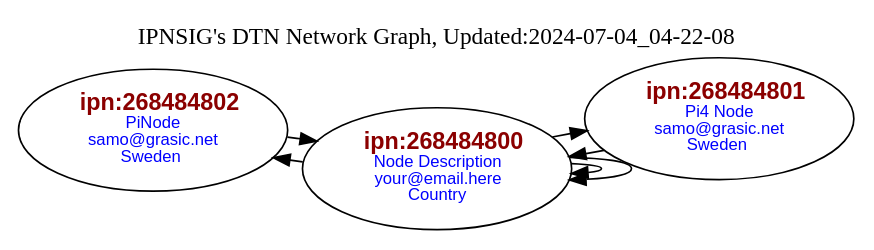
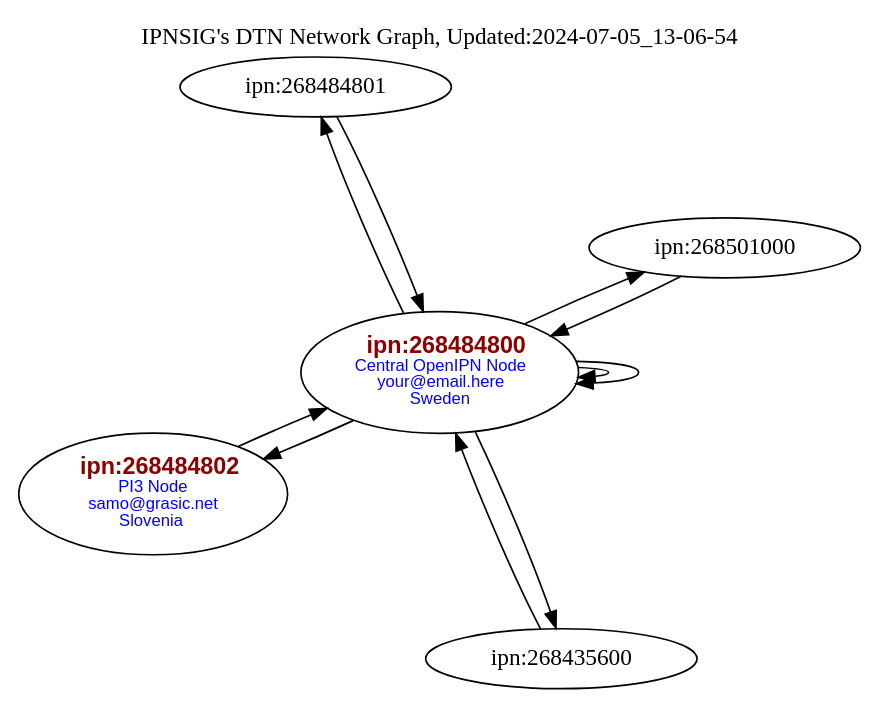
Before and after one commit to samograsic/ion-dtn-dtnex: the diagram in contactGraph.gv, drawn with Graphviz. The commit also changed 7 other files, not shown here.

```diff
--- a/contactGraph.gv
+++ b/contactGraph.gv
@@ -1,11 +1,14 @@
 digraph G { layout=neato; overlap=false;
-"ipn:268484802" [label=< <FONT POINT-SIZE="14" FACE="Arial" COLOR="darkred"><B>ipn:268484802</B></FONT><BR/><FONT POINT-SIZE="10" FACE="Arial" COLOR="blue">PiNode<br/>samo&#64;grasic&#46;net<br/>Sweden </FONT>>];
-"ipn:268484801" [label=< <FONT POINT-SIZE="14" FACE="Arial" COLOR="darkred"><B>ipn:268484801</B></FONT><BR/><FONT POINT-SIZE="10" FACE="Arial" COLOR="blue">Pi4 Node<br/>samo&#64;grasic&#46;net<br/>Sweden </FONT>>];
-"ipn:268484800" [label=< <FONT POINT-SIZE="14" FACE="Arial" COLOR="darkred"><B>ipn:268484800</B></FONT><BR/><FONT POINT-SIZE="10" FACE="Arial" COLOR="blue">Node Description<br/>your&#64;email&#46;here<br/>Country</FONT>>];
+"ipn:268484802" [label=< <FONT POINT-SIZE="14" FACE="Arial" COLOR="darkred"><B>ipn:268484802</B></FONT><BR/><FONT POINT-SIZE="10" FACE="Arial" COLOR="blue">PI3 Node<br/>samo&#64;grasic&#46;net<br/>Slovenia </FONT>>];
+"ipn:268484800" [label=< <FONT POINT-SIZE="14" FACE="Arial" COLOR="darkred"><B>ipn:268484800</B></FONT><BR/><FONT POINT-SIZE="10" FACE="Arial" COLOR="blue">Central OpenIPN Node<br/>your&#64;email&#46;here<br/>Sweden</FONT>>];
+"ipn:268435600" -> "ipn:268484800"
+"ipn:268484800" -> "ipn:268435600"
 "ipn:268484800" -> "ipn:268484800"
 "ipn:268484800" -> "ipn:268484800"
 "ipn:268484800" -> "ipn:268484801"
 "ipn:268484800" -> "ipn:268484802"
+"ipn:268484800" -> "ipn:268501000"
 "ipn:268484801" -> "ipn:268484800"
 "ipn:268484802" -> "ipn:268484800"
-labelloc="t"; label="IPNSIG's DTN Network Graph, Updated:2024-07-04_04-22-08"}
+"ipn:268501000" -> "ipn:268484800"
+labelloc="t"; label="IPNSIG's DTN Network Graph, Updated:2024-07-05_13-06-54"}
```
